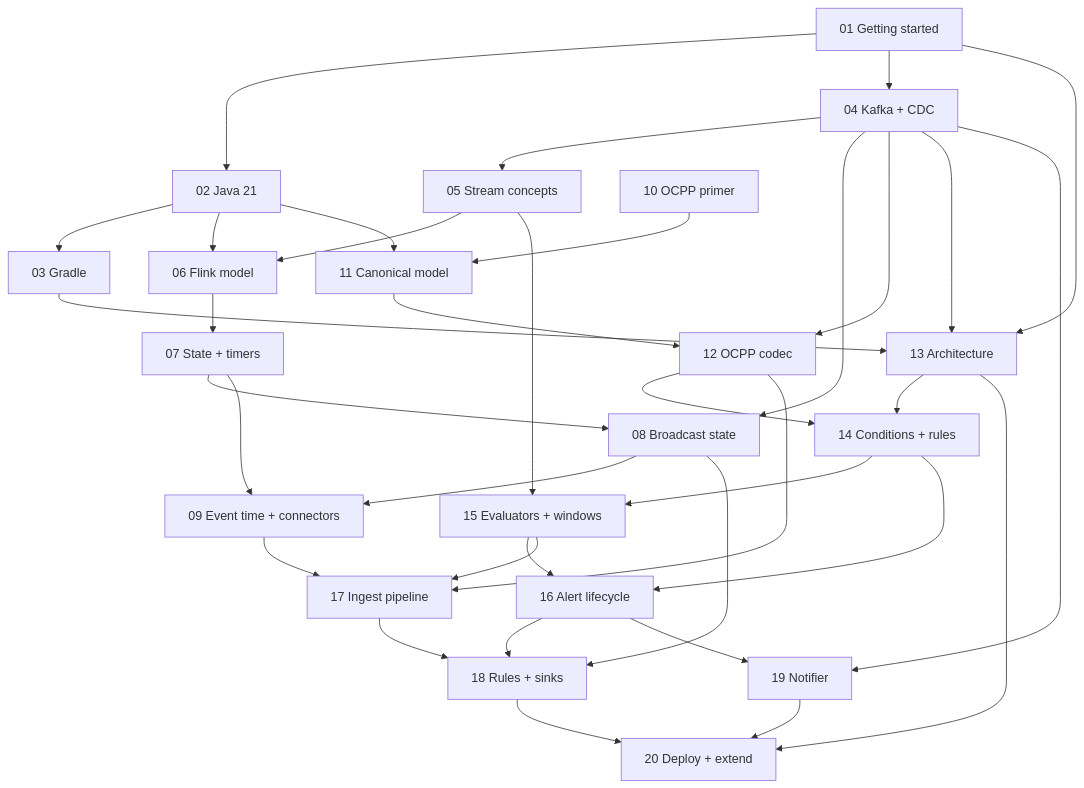
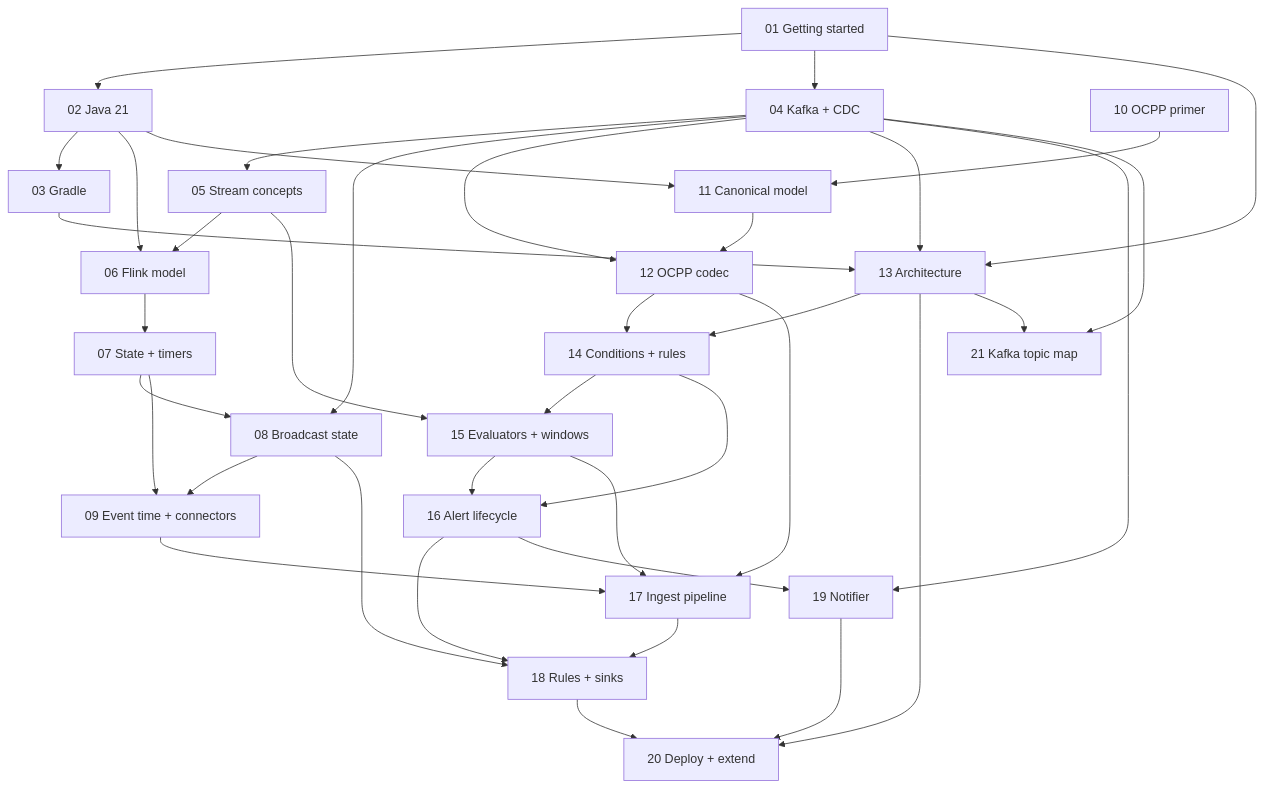
One commit to vikey725/monetering-and-alerting changed the diagram in docs/README.md. Above: the diagram before and after it, drawn with Mermaid. The commit also changed other lines of this file and 33 other files, not shown here.

````diff
--- a/docs/README.md
+++ b/docs/README.md
@@ -71,38 +72,40 @@
 ```mermaid
 graph TD
   C01[01 Getting started] --> C02[02 Java 21]
   C01 --> C04[04 Kafka + CDC]
   C02 --> C03[03 Gradle]
   C04 --> C05[05 Stream concepts]
   C02 --> C06[06 Flink model]
   C05 --> C06
   C06 --> C07[07 State + timers]
   C07 --> C08[08 Broadcast state]
   C04 --> C08
   C07 --> C09[09 Event time + connectors]
   C08 --> C09
   C10[10 OCPP primer] --> C11[11 Canonical model]
   C02 --> C11
   C11 --> C12[12 OCPP codec]
   C04 --> C12
   C01 --> C13[13 Architecture]
   C03 --> C13
   C04 --> C13
   C12 --> C14[14 Conditions + rules]
   C13 --> C14
   C14 --> C15[15 Evaluators + windows]
   C05 --> C15
   C14 --> C16[16 Alert lifecycle]
   C15 --> C16
   C09 --> C17[17 Ingest pipeline]
   C12 --> C17
   C15 --> C17
   C16 --> C18[18 Rules + sinks]
   C17 --> C18
   C08 --> C18
   C16 --> C19[19 Notifier]
   C04 --> C19
   C13 --> C20[20 Deploy + extend]
   C18 --> C20
   C19 --> C20
+  C04 --> C21[21 Kafka topic map]
+  C13 --> C21
 ```
````
